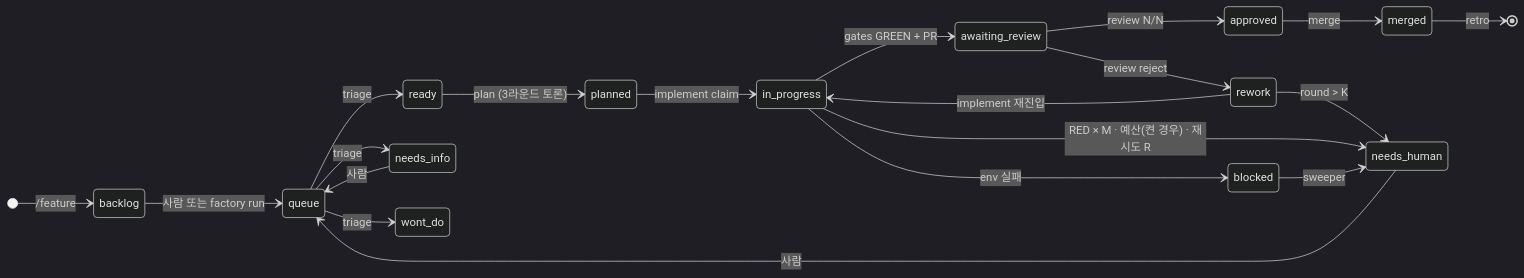
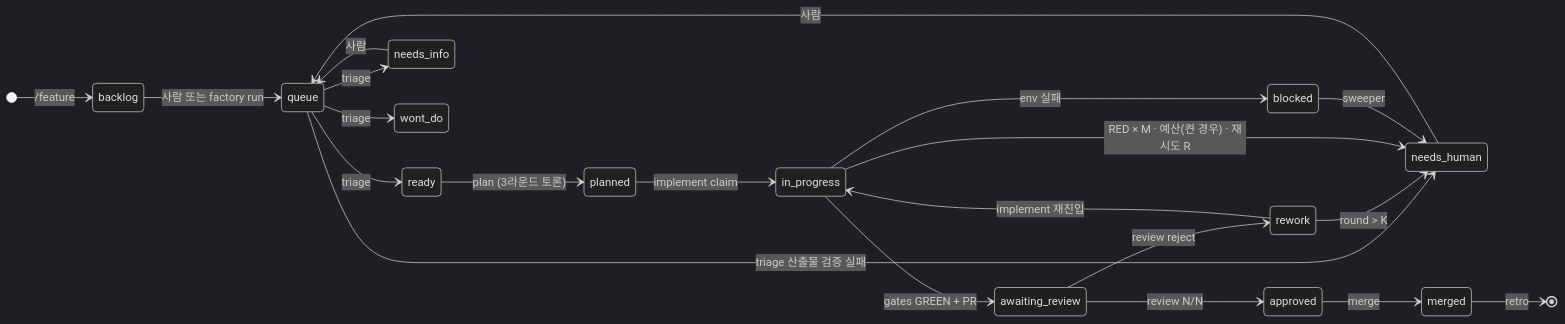
Before and after one commit to LeeHyeonKyu/know_thy_build: the diagram in docs/superpowers/specs/2026-09-10-factory-design.md, drawn with Mermaid (dark theme). The commit also changed other lines of this file, not shown here.

First line of the commit message:
docs(spec): JSON handoff blocks, CHARTER frontmatter, lock/heartbeat details, state-machine fixes (plan 1a)

````diff
--- a/docs/superpowers/specs/2026-09-10-factory-design.md
+++ b/docs/superpowers/specs/2026-09-10-factory-design.md
@@ -96,23 +98,24 @@
 ```mermaid
 stateDiagram-v2
   direction LR
   [*] --> backlog: /feature
   backlog --> queue: 사람 또는 factory run
   queue --> ready: triage
   queue --> needs_info: triage
   queue --> wont_do: triage
+  queue --> needs_human: triage 산출물 검증 실패
   needs_info --> queue: 사람
   ready --> planned: plan (3라운드 토론)
   planned --> in_progress: implement claim
   in_progress --> awaiting_review: gates GREEN + PR
   in_progress --> blocked: env 실패
   awaiting_review --> approved: review N/N
   awaiting_review --> rework: review reject
   rework --> in_progress: implement 재진입
   approved --> merged: merge
   merged --> [*]: retro
   rework --> needs_human: round > K
   in_progress --> needs_human: RED × M · 예산(켠 경우) · 재시도 R
   blocked --> needs_human: sweeper
   needs_human --> queue: 사람
 ```
````
